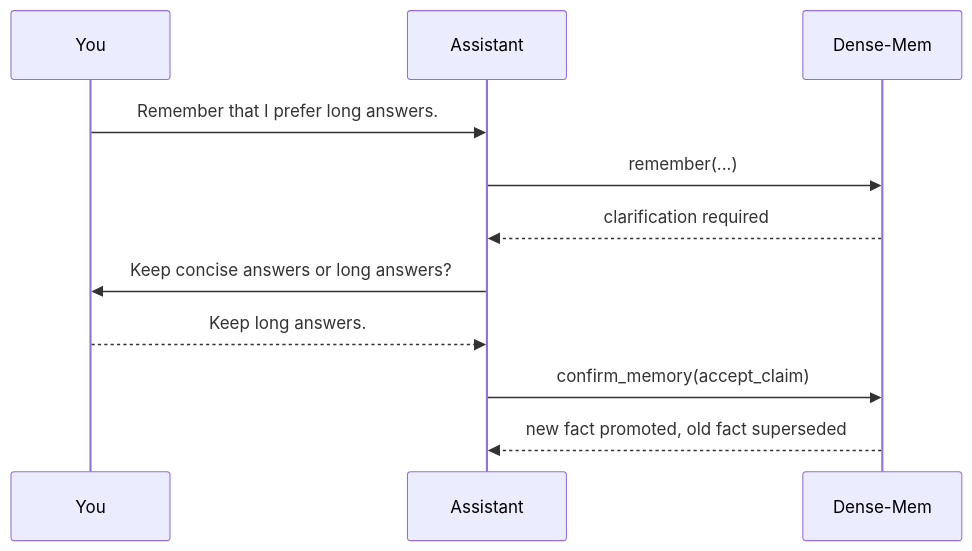
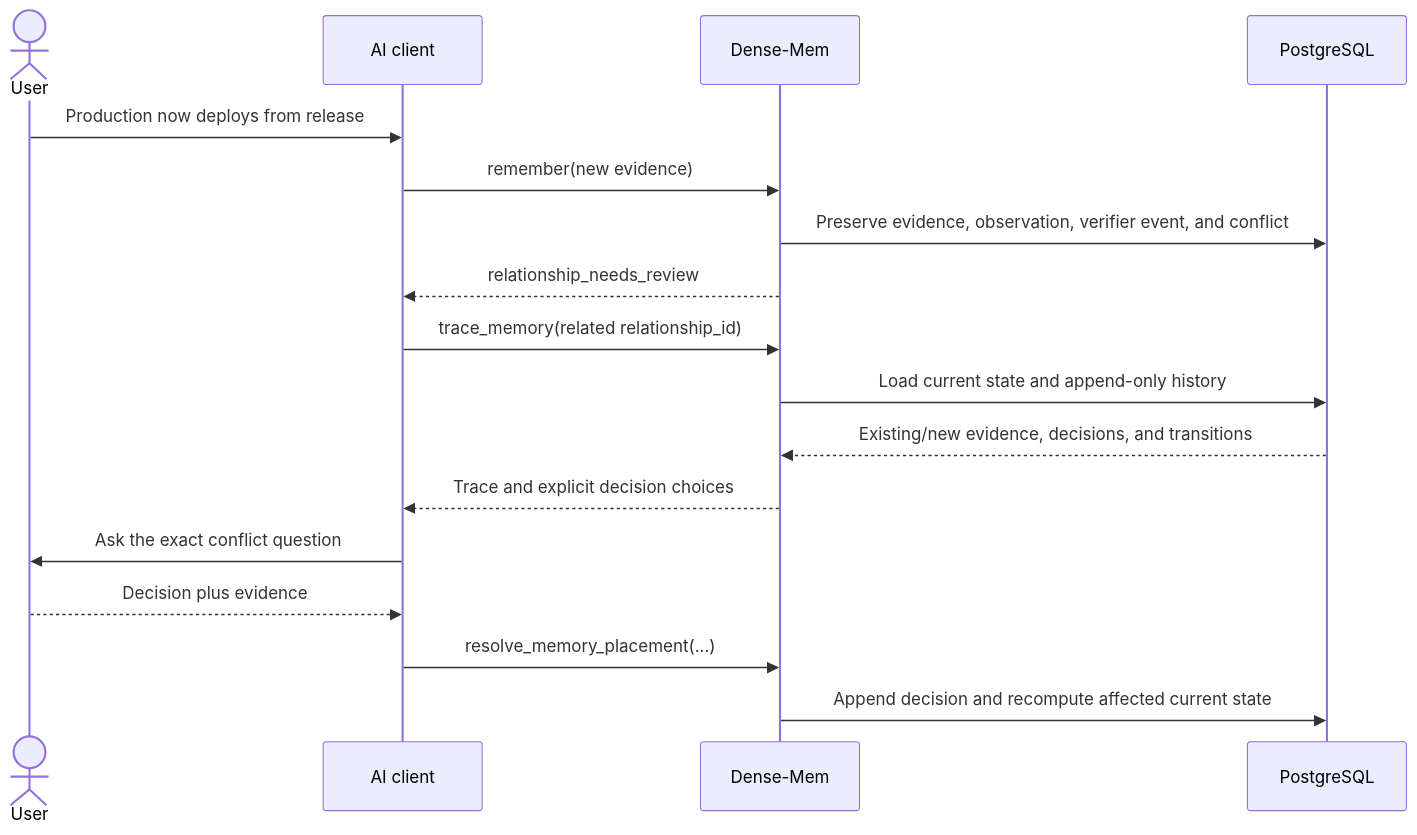
Before and after one commit to markhuangai/dense-mem: the first of 4 diagrams in Conflicts-And-Corrections.md, drawn with Mermaid. The commit also changed other lines of this file and 32 other files, not shown here.

Commit message:
Update semantic memory v2 architecture docs

````diff
--- a/Conflicts-And-Corrections.md
+++ b/Conflicts-And-Corrections.md
@@ -9,14 +18,21 @@
 ```mermaid
+%%{init: {"sequence": {"rightAngles": true}}}%%
 sequenceDiagram
-  participant You
-  participant Assistant
+  actor User
+  participant Host as AI client
   participant DM as Dense-Mem
+  participant PG as PostgreSQL
 
-  You->>Assistant: Remember that I prefer long answers.
-  Assistant->>DM: remember(...)
-  DM-->>Assistant: clarification required
-  Assistant->>You: Keep concise answers or long answers?
-  You-->>Assistant: Keep long answers.
-  Assistant->>DM: confirm_memory(accept_claim)
-  DM-->>Assistant: new fact promoted, old fact superseded
+  User->>Host: Production now deploys from release
+  Host->>DM: remember(new evidence)
+  DM->>PG: Preserve evidence, observation, verifier event, and conflict
+  DM-->>Host: relationship_needs_review
+  Host->>DM: trace_memory(related relationship_id)
+  DM->>PG: Load current state and append-only history
+  PG-->>DM: Existing/new evidence, decisions, and transitions
+  DM-->>Host: Trace and explicit decision choices
+  Host->>User: Ask the exact conflict question
+  User-->>Host: Decision plus evidence
+  Host->>DM: resolve_memory_placement(...)
+  DM->>PG: Append decision and recompute affected current state
 ```
````
